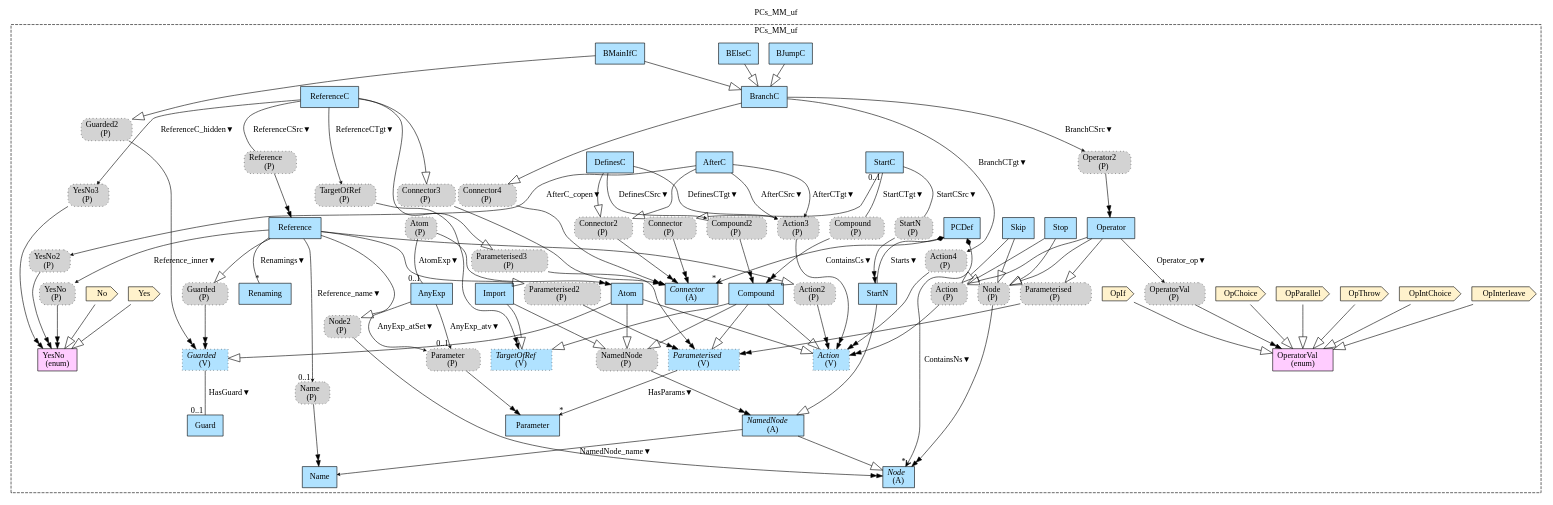
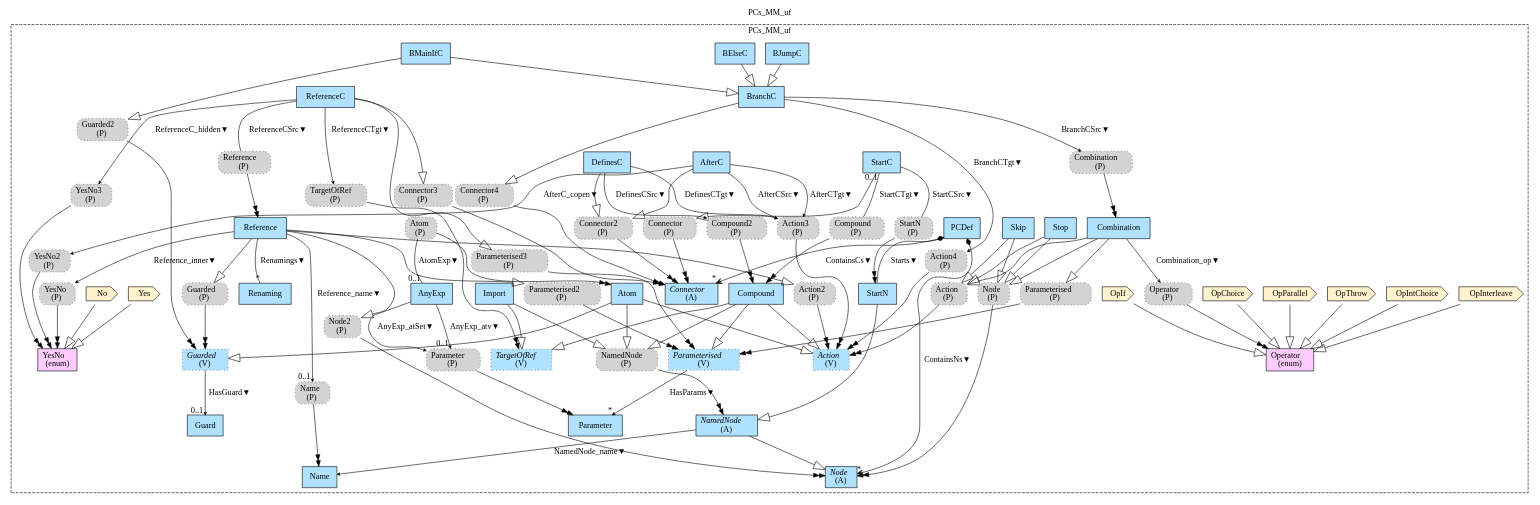
One commit to namalio/Fragmenta changed the diagram in Haskell/PCs/MM/img/PCs_MM_uf.gv. Above: the diagram before and after it, drawn with Graphviz. The commit also changed 17 other files, not shown here.

```diff
--- a/Haskell/PCs/MM/img/PCs_MM_uf.gv
+++ b/Haskell/PCs/MM/img/PCs_MM_uf.gv
@@ -1,168 +1,168 @@
 digraph {graph[label=PCs_MM_uf,labelloc=tl,labelfontsize=12];
 subgraph cluster_PCs_MM_uf{style=dashed;label=PCs_MM_uf;
 "NamedNode"[shape=record,fillcolor=lightskyblue1,style = filled,label=<{<I>NamedNode</I><br/>(A)}>];
 "Name"[shape=record,fillcolor=lightskyblue1,style = filled,label="Name"];
 "Node"[shape=record,fillcolor=lightskyblue1,style = filled,label=<{<I>Node</I><br/>(A)}>];
 "Connector"[shape=record,fillcolor=lightskyblue1,style = filled,label=<{<I>Connector</I><br/>(A)}>];
 "PCDef"[shape=record,fillcolor=lightskyblue1,style = filled,label="PCDef"];
 "StartN"[shape=record,fillcolor=lightskyblue1,style = filled,label="StartN"];
 "PNamedNode"[shape=box,fillcolor=lightgray,style ="rounded,filled,dotted",label=<NamedNode<br/>(P)>];
 "Import"[shape=record,fillcolor=lightskyblue1,style = filled,label="Import"];
 "TargetOfRef"[shape=record,fillcolor=lightskyblue1,style ="filled,dotted",label=<{<I>TargetOfRef</I><br/>(V)}>];
 "Atom"[shape=record,fillcolor=lightskyblue1,style = filled,label="Atom"];
 "Compound"[shape=record,fillcolor=lightskyblue1,style = filled,label="Compound"];
 "Action"[shape=record,fillcolor=lightskyblue1,style ="filled,dotted",label=<{<I>Action</I><br/>(V)}>];
 "Parameterised"[shape=record,fillcolor=lightskyblue1,style ="filled,dotted",label=<{<I>Parameterised</I><br/>(V)}>];
 "Parameter"[shape=record,fillcolor=lightskyblue1,style = filled,label="Parameter"];
 "Guarded"[shape=record,fillcolor=lightskyblue1,style ="filled,dotted",label=<{<I>Guarded</I><br/>(V)}>];
 "Guard"[shape=record,fillcolor=lightskyblue1,style = filled,label="Guard"];
 "YesNo"[shape=record,fillcolor="#FFCCFF",style = filled,label="YesNo\l(enum)"];
 "Yes"[shape=cds,fillcolor="#FFF2CC",style = filled,label="Yes"];
 "No"[shape=cds,fillcolor="#FFF2CC",style = filled,label="No"];
 "PAtom"[shape=box,fillcolor=lightgray,style ="rounded,filled,dotted",label=<Atom<br/>(P)>];
 "AnyExp"[shape=record,fillcolor=lightskyblue1,style = filled,label="AnyExp"];
 "PParameter"[shape=box,fillcolor=lightgray,style ="rounded,filled,dotted",label=<Parameter<br/>(P)>];
 "PNode"[shape=box,fillcolor=lightgray,style ="rounded,filled,dotted",label=<Node<br/>(P)>];
 "PParameterised"[shape=box,fillcolor=lightgray,style ="rounded,filled,dotted",label=<Parameterised<br/>(P)>];
 "Stop"[shape=record,fillcolor=lightskyblue1,style = filled,label="Stop"];
 "Skip"[shape=record,fillcolor=lightskyblue1,style = filled,label="Skip"];
 "PAction"[shape=box,fillcolor=lightgray,style ="rounded,filled,dotted",label=<Action<br/>(P)>];
-"Operator"[shape=record,fillcolor=lightskyblue1,style = filled,label="Operator"];
-"POperatorVal"[shape=box,fillcolor=lightgray,style ="rounded,filled,dotted",label=<OperatorVal<br/>(P)>];
-"OperatorVal"[shape=record,fillcolor="#FFCCFF",style = filled,label="OperatorVal\l(enum)"];
+"Combination"[shape=record,fillcolor=lightskyblue1,style = filled,label="Combination"];
+"POperator"[shape=box,fillcolor=lightgray,style ="rounded,filled,dotted",label=<Operator<br/>(P)>];
+"Operator"[shape=record,fillcolor="#FFCCFF",style = filled,label="Operator\l(enum)"];
 "OpChoice"[shape=cds,fillcolor="#FFF2CC",style = filled,label="OpChoice"];
 "OpIntChoice"[shape=cds,fillcolor="#FFF2CC",style = filled,label="OpIntChoice"];
 "OpParallel"[shape=cds,fillcolor="#FFF2CC",style = filled,label="OpParallel"];
 "OpIf"[shape=cds,fillcolor="#FFF2CC",style = filled,label="OpIf"];
 "OpInterleave"[shape=cds,fillcolor="#FFF2CC",style = filled,label="OpInterleave"];
 "OpThrow"[shape=cds,fillcolor="#FFF2CC",style = filled,label="OpThrow"];
 "PNode2"[shape=box,fillcolor=lightgray,style ="rounded,filled,dotted",label=<Node2<br/>(P)>];
 "PParameterised2"[shape=box,fillcolor=lightgray,style ="rounded,filled,dotted",label=<Parameterised2<br/>(P)>];
 "PAction2"[shape=box,fillcolor=lightgray,style ="rounded,filled,dotted",label=<Action2<br/>(P)>];
 "PGuarded"[shape=box,fillcolor=lightgray,style ="rounded,filled,dotted",label=<Guarded<br/>(P)>];
 "PName"[shape=box,fillcolor=lightgray,style ="rounded,filled,dotted",label=<Name<br/>(P)>];
 "PYesNo"[shape=box,fillcolor=lightgray,style ="rounded,filled,dotted",label=<YesNo<br/>(P)>];
 "Reference"[shape=record,fillcolor=lightskyblue1,style = filled,label="Reference"];
 "Renaming"[shape=record,fillcolor=lightskyblue1,style = filled,label="Renaming"];
 "PConnector"[shape=box,fillcolor=lightgray,style ="rounded,filled,dotted",label=<Connector<br/>(P)>];
 "PStartN"[shape=box,fillcolor=lightgray,style ="rounded,filled,dotted",label=<StartN<br/>(P)>];
 "StartC"[shape=record,fillcolor=lightskyblue1,style = filled,label="StartC"];
 "PCompound"[shape=box,fillcolor=lightgray,style ="rounded,filled,dotted",label=<Compound<br/>(P)>];
 "PConnector2"[shape=box,fillcolor=lightgray,style ="rounded,filled,dotted",label=<Connector2<br/>(P)>];
 "PAction3"[shape=box,fillcolor=lightgray,style ="rounded,filled,dotted",label=<Action3<br/>(P)>];
 "DefinesC"[shape=record,fillcolor=lightskyblue1,style = filled,label="DefinesC"];
 "PCompound2"[shape=box,fillcolor=lightgray,style ="rounded,filled,dotted",label=<Compound2<br/>(P)>];
 "AfterC"[shape=record,fillcolor=lightskyblue1,style = filled,label="AfterC"];
 "PYesNo2"[shape=box,fillcolor=lightgray,style ="rounded,filled,dotted",label=<YesNo2<br/>(P)>];
 "PConnector3"[shape=box,fillcolor=lightgray,style ="rounded,filled,dotted",label=<Connector3<br/>(P)>];
 "PParameterised3"[shape=box,fillcolor=lightgray,style ="rounded,filled,dotted",label=<Parameterised3<br/>(P)>];
 "PReference"[shape=box,fillcolor=lightgray,style ="rounded,filled,dotted",label=<Reference<br/>(P)>];
 "PTargetOfRef"[shape=box,fillcolor=lightgray,style ="rounded,filled,dotted",label=<TargetOfRef<br/>(P)>];
 "ReferenceC"[shape=record,fillcolor=lightskyblue1,style = filled,label="ReferenceC"];
 "PYesNo3"[shape=box,fillcolor=lightgray,style ="rounded,filled,dotted",label=<YesNo3<br/>(P)>];
 "BMainIfC"[shape=record,fillcolor=lightskyblue1,style = filled,label="BMainIfC"];
 "PGuarded2"[shape=box,fillcolor=lightgray,style ="rounded,filled,dotted",label=<Guarded2<br/>(P)>];
 "BElseC"[shape=record,fillcolor=lightskyblue1,style = filled,label="BElseC"];
 "BJumpC"[shape=record,fillcolor=lightskyblue1,style = filled,label="BJumpC"];
 "PConnector4"[shape=box,fillcolor=lightgray,style ="rounded,filled,dotted",label=<Connector4<br/>(P)>];
-"POperator2"[shape=box,fillcolor=lightgray,style ="rounded,filled,dotted",label=<Operator2<br/>(P)>];
+"PCombination"[shape=box,fillcolor=lightgray,style ="rounded,filled,dotted",label=<Combination<br/>(P)>];
 "BranchC"[shape=record,fillcolor=lightskyblue1,style = filled,label="BranchC"];
 "PAction4"[shape=box,fillcolor=lightgray,style ="rounded,filled,dotted",label=<Action4<br/>(P)>];
 
 "NamedNode"->"Node"[arrowhead=onormal,arrowsize=2.0];
 "StartN"->"NamedNode"[arrowhead=onormal,arrowsize=2.0];
 "NamedNode"->"Name"[label="NamedNode_name▼",arrowhead=vee,headlabel="",arrowsize=.5];
 "PCDef"->"Node"[label="ContainsNs▼",arrowhead=vee,arrowtail=diamond,dir=both,headlabel="*"];
 "PCDef"->"Connector"[label="ContainsCs▼",arrowhead=vee,arrowtail=diamond,dir=both,headlabel="*"];
 "PCDef"->"StartN"[label="Starts▼",dir=none,taillabel="",headlabel=""];
 "Import"->"PNamedNode"[arrowhead=onormal,arrowsize=2.0];
 "Compound"->"PNamedNode"[arrowhead=onormal,arrowsize=2.0];
 "Atom"->"PNamedNode"[arrowhead=onormal,arrowsize=2.0];
 "Import"->"TargetOfRef"[arrowhead=onormal,arrowsize=2.0];
 "Compound"->"TargetOfRef"[arrowhead=onormal,arrowsize=2.0];
 "Compound"->"Parameterised"[arrowhead=onormal,arrowsize=2.0];
 "Atom"->"Action"[arrowhead=onormal,arrowsize=2.0];
 "Atom"->"Guarded"[arrowhead=onormal,arrowsize=2.0];
 "Compound"->"Action"[arrowhead=onormal,arrowsize=2.0];
 "Parameterised"->"Parameter"[label="HasParams▼",arrowhead=vee,headlabel="*",arrowsize=.5];
-"Guarded"->"Guard"[label="HasGuard▼",dir=none,taillabel="",headlabel="0..1"];
+"Guarded"->"Guard"[label="HasGuard▼",arrowhead=vee,headlabel="0..1",arrowsize=.5];
 "Yes"->"YesNo"[arrowhead=onormal,arrowsize=2.0];
 "No"->"YesNo"[arrowhead=onormal,arrowsize=2.0];
 "PAtom"->"AnyExp"[label="AtomExp▼",dir=none,taillabel="",headlabel="0..1"];
 "AnyExp"->"PParameter"[label="AnyExp_atv▼",arrowhead=vee,headlabel="0..1",arrowsize=.5];
 "AnyExp"->"PParameter"[label="AnyExp_atSet▼",arrowhead=vee,headlabel="",arrowsize=.5];
 "Stop"->"PNode"[arrowhead=onormal,arrowsize=2.0];
 "Skip"->"PNode"[arrowhead=onormal,arrowsize=2.0];
-"Operator"->"PNode"[arrowhead=onormal,arrowsize=2.0];
-"Operator"->"PParameterised"[arrowhead=onormal,arrowsize=2.0];
+"Combination"->"PNode"[arrowhead=onormal,arrowsize=2.0];
+"Combination"->"PParameterised"[arrowhead=onormal,arrowsize=2.0];
 "Stop"->"PAction"[arrowhead=onormal,arrowsize=2.0];
 "Skip"->"PAction"[arrowhead=onormal,arrowsize=2.0];
-"Operator"->"PAction"[arrowhead=onormal,arrowsize=2.0];
-"Operator"->"POperatorVal"[label="Operator_op▼",arrowhead=vee,headlabel="",arrowsize=.5];
-"OpChoice"->"OperatorVal"[arrowhead=onormal,arrowsize=2.0];
-"OpIntChoice"->"OperatorVal"[arrowhead=onormal,arrowsize=2.0];
-"OpParallel"->"OperatorVal"[arrowhead=onormal,arrowsize=2.0];
-"OpIf"->"OperatorVal"[arrowhead=onormal,arrowsize=2.0];
-"OpInterleave"->"OperatorVal"[arrowhead=onormal,arrowsize=2.0];
-"OpThrow"->"OperatorVal"[arrowhead=onormal,arrowsize=2.0];
+"Combination"->"PAction"[arrowhead=onormal,arrowsize=2.0];
+"Combination"->"POperator"[label="Combination_op▼",arrowhead=vee,headlabel="",arrowsize=.5];
+"OpChoice"->"Operator"[arrowhead=onormal,arrowsize=2.0];
+"OpIntChoice"->"Operator"[arrowhead=onormal,arrowsize=2.0];
+"OpParallel"->"Operator"[arrowhead=onormal,arrowsize=2.0];
+"OpIf"->"Operator"[arrowhead=onormal,arrowsize=2.0];
+"OpInterleave"->"Operator"[arrowhead=onormal,arrowsize=2.0];
+"OpThrow"->"Operator"[arrowhead=onormal,arrowsize=2.0];
 "Reference"->"PNode2"[arrowhead=onormal,arrowsize=2.0];
 "Reference"->"PParameterised2"[arrowhead=onormal,arrowsize=2.0];
 "Reference"->"PAction2"[arrowhead=onormal,arrowsize=2.0];
 "Reference"->"PGuarded"[arrowhead=onormal,arrowsize=2.0];
 "Reference"->"PName"[label="Reference_name▼",arrowhead=vee,headlabel="0..1",arrowsize=.5];
 "Reference"->"PYesNo"[label="Reference_inner▼",arrowhead=vee,headlabel="",arrowsize=.5];
 "Reference"->"Renaming"[label="Renamings▼",dir=none,taillabel="",headlabel="*"];
 "StartC"->"PConnector"[arrowhead=onormal,arrowsize=2.0];
 "StartC"->"PStartN"[label="StartCSrc▼",dir=none,taillabel="",headlabel=""];
 "StartC"->"PCompound"[label="StartCTgt▼",dir=none,taillabel="0..1",headlabel=""];
 "AfterC"->"PConnector2"[arrowhead=onormal,arrowsize=2.0];
 "DefinesC"->"PConnector2"[arrowhead=onormal,arrowsize=2.0];
 "AfterC"->"PAction3"[label="AfterCSrc▼",arrowhead=vee,headlabel="",arrowsize=.5];
 "AfterC"->"PAction3"[label="AfterCTgt▼",arrowhead=vee,headlabel="",arrowsize=.5];
 "DefinesC"->"PAction3"[label="DefinesCTgt▼",arrowhead=vee,headlabel="",arrowsize=.5];
 "DefinesC"->"PCompound2"[label="DefinesCSrc▼",arrowhead=vee,headlabel="",arrowsize=.5];
 "AfterC"->"PYesNo2"[label="AfterC_copen▼",arrowhead=vee,headlabel="",arrowsize=.5];
 "ReferenceC"->"PConnector3"[arrowhead=onormal,arrowsize=2.0];
 "ReferenceC"->"PParameterised3"[arrowhead=onormal,arrowsize=2.0];
 "ReferenceC"->"PReference"[label="ReferenceCSrc▼",dir=none,taillabel="",headlabel=""];
 "ReferenceC"->"PTargetOfRef"[label="ReferenceCTgt▼",arrowhead=vee,headlabel="",arrowsize=.5];
 "ReferenceC"->"PYesNo3"[label="ReferenceC_hidden▼",arrowhead=vee,headlabel="",arrowsize=.5];
 "BMainIfC"->"BranchC"[arrowhead=onormal,arrowsize=2.0];
 "BMainIfC"->"PGuarded2"[arrowhead=onormal,arrowsize=2.0];
 "BElseC"->"BranchC"[arrowhead=onormal,arrowsize=2.0];
 "BJumpC"->"BranchC"[arrowhead=onormal,arrowsize=2.0];
 "BranchC"->"PConnector4"[arrowhead=onormal,arrowsize=2.0];
-"BranchC"->"POperator2"[label="BranchCSrc▼",arrowhead=vee,headlabel="",arrowsize=.5];
+"BranchC"->"PCombination"[label="BranchCSrc▼",arrowhead=vee,headlabel="",arrowsize=.5];
 "BranchC"->"PAction4"[label="BranchCTgt▼",arrowhead=vee,headlabel="",arrowsize=.5];
 
 }
 "PNamedNode"->"NamedNode"[arrowhead=normalnormal];
 "PAtom"->"Atom"[arrowhead=normalnormal];
 "PParameter"->"Parameter"[arrowhead=normalnormal];
 "PNode"->"Node"[arrowhead=normalnormal];
 "PParameterised"->"Parameterised"[arrowhead=normalnormal];
 "PAction"->"Action"[arrowhead=normalnormal];
-"POperatorVal"->"OperatorVal"[arrowhead=normalnormal];
+"POperator"->"Operator"[arrowhead=normalnormal];
 "PNode2"->"Node"[arrowhead=normalnormal];
 "PParameterised2"->"Parameterised"[arrowhead=normalnormal];
 "PAction2"->"Action"[arrowhead=normalnormal];
 "PName"->"Name"[arrowhead=normalnormal];
 "PYesNo"->"YesNo"[arrowhead=normalnormal];
 "PGuarded"->"Guarded"[arrowhead=normalnormal];
 "PConnector"->"Connector"[arrowhead=normalnormal];
 "PStartN"->"StartN"[arrowhead=normalnormal];
 "PCompound"->"Compound"[arrowhead=normalnormal];
 "PConnector2"->"Connector"[arrowhead=normalnormal];
 "PAction3"->"Action"[arrowhead=normalnormal];
 "PCompound2"->"Compound"[arrowhead=normalnormal];
 "PYesNo2"->"YesNo"[arrowhead=normalnormal];
 "PConnector3"->"Connector"[arrowhead=normalnormal];
 "PParameterised3"->"Parameterised"[arrowhead=normalnormal];
 "PTargetOfRef"->"TargetOfRef"[arrowhead=normalnormal];
 "PReference"->"Reference"[arrowhead=normalnormal];
 "PYesNo3"->"YesNo"[arrowhead=normalnormal];
 "PConnector4"->"Connector"[arrowhead=normalnormal];
-"POperator2"->"Operator"[arrowhead=normalnormal];
+"PCombination"->"Combination"[arrowhead=normalnormal];
 "PAction4"->"Action"[arrowhead=normalnormal];
 "PGuarded2"->"Guarded"[arrowhead=normalnormal];
 }
```
